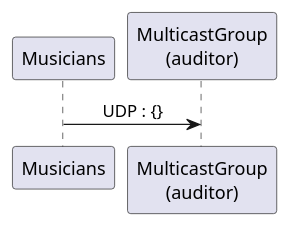
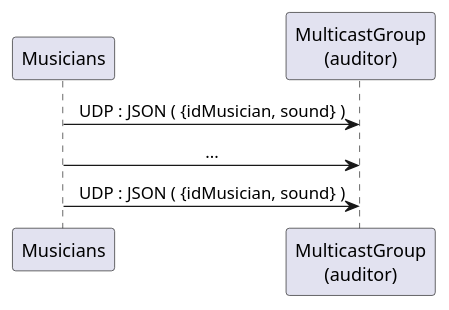
The first of 2 diagrams in README.md (Kevin-s-Team/DAI-2022-UDP-Orchestra), drawn with PlantUML before and after one commit. The commit also changed other lines of this file, not shown here.

Commit message:
Fix diagrams / protocol ...

````diff
--- a/README.md
+++ b/README.md
@@ -18,7 +23,9 @@
 ```plantuml
 @startuml
 skinparam sequenceMessageAlign center
 
-Musicians -> "MulticastGroup\n(auditor)": UDP : {}
+Musicians -> "MulticastGroup\n(auditor)": UDP : JSON ( {idMusician, sound} )
+Musicians -> "MulticastGroup\n(auditor)": ...
+Musicians -> "MulticastGroup\n(auditor)": UDP : JSON ( {idMusician, sound} )
 @enduml
 ```
````
